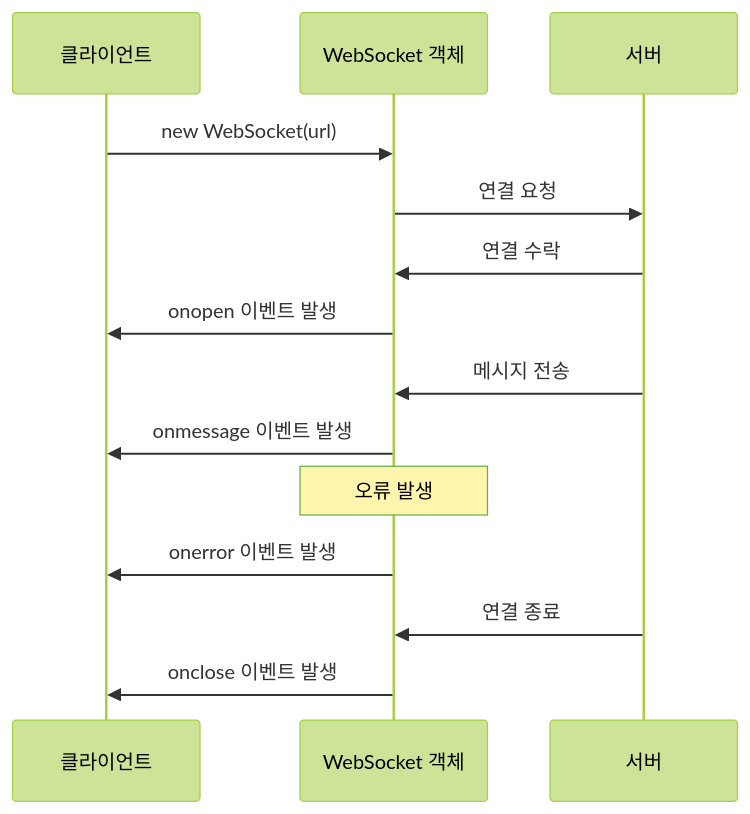
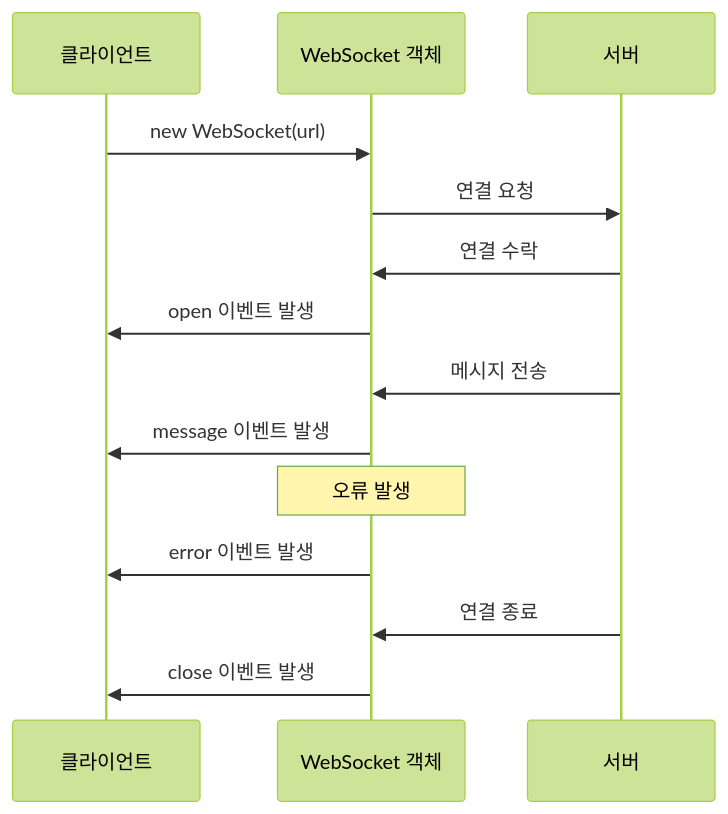
Before and after one commit to KalGookSoo/web-socket-basic: the second of 3 diagrams in chapters/02-1_websocket_connection.md, drawn with Mermaid (forest theme). The commit also changed 2 other files, not shown here.

Commit message:
docs: 웹 소켓 코드 예제 TypeScript로 변경 및 관련 내용 업데이트

````diff
--- a/chapters/02-1_websocket_connection.md
+++ b/chapters/02-1_websocket_connection.md
@@ -260,20 +260,20 @@
 ```mermaid
 sequenceDiagram
     participant Client as 클라이언트
     participant WebSocket as WebSocket 객체
     participant Server as 서버
     
     Client->>WebSocket: new WebSocket(url)
     WebSocket->>Server: 연결 요청
     Server->>WebSocket: 연결 수락
-    WebSocket->>Client: onopen 이벤트 발생
+    WebSocket->>Client: open 이벤트 발생
     
     Server->>WebSocket: 메시지 전송
-    WebSocket->>Client: onmessage 이벤트 발생
+    WebSocket->>Client: message 이벤트 발생
     
     Note over WebSocket: 오류 발생
-    WebSocket->>Client: onerror 이벤트 발생
+    WebSocket->>Client: error 이벤트 발생
     
     Server->>WebSocket: 연결 종료
-    WebSocket->>Client: onclose 이벤트 발생
+    WebSocket->>Client: close 이벤트 발생
 ```
````
